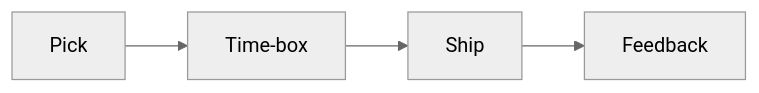
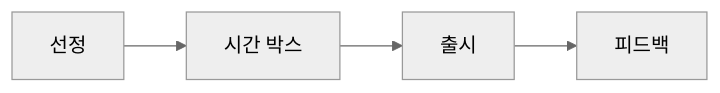
The diagram in content/developer-career-101/ko/08-side-projects.md (yeongseon-books/book-content), drawn with Mermaid (neutral theme) before and after one commit. The commit also changed other lines of this file and 9 other files, not shown here.

````diff
--- a/content/developer-career-101/ko/08-side-projects.md
+++ b/content/developer-career-101/ko/08-side-projects.md
@@ -33,6 +46,6 @@
 ```mermaid
 flowchart LR
-    P[Pick] --> T[Time-box]
-    T --> S[Ship]
-    S --> F[Feedback]
+    P[선정] --> T[시간 박스]
+    T --> S[출시]
+    S --> F[피드백]
 ```
````
